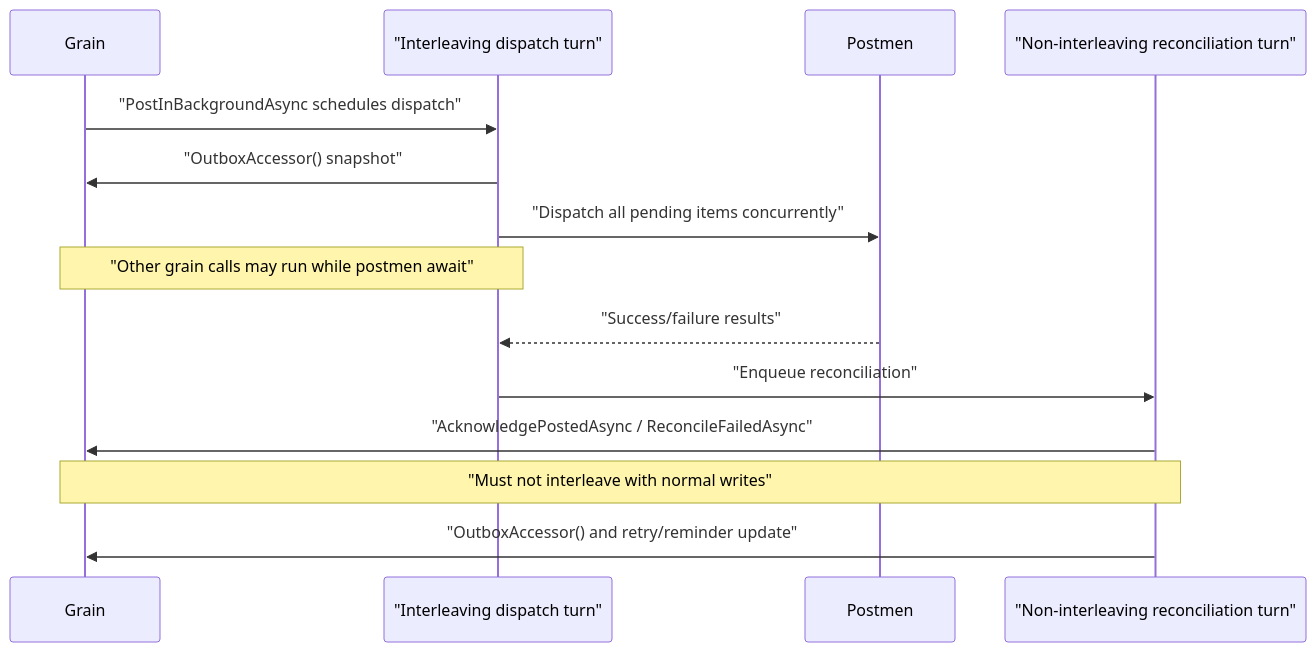
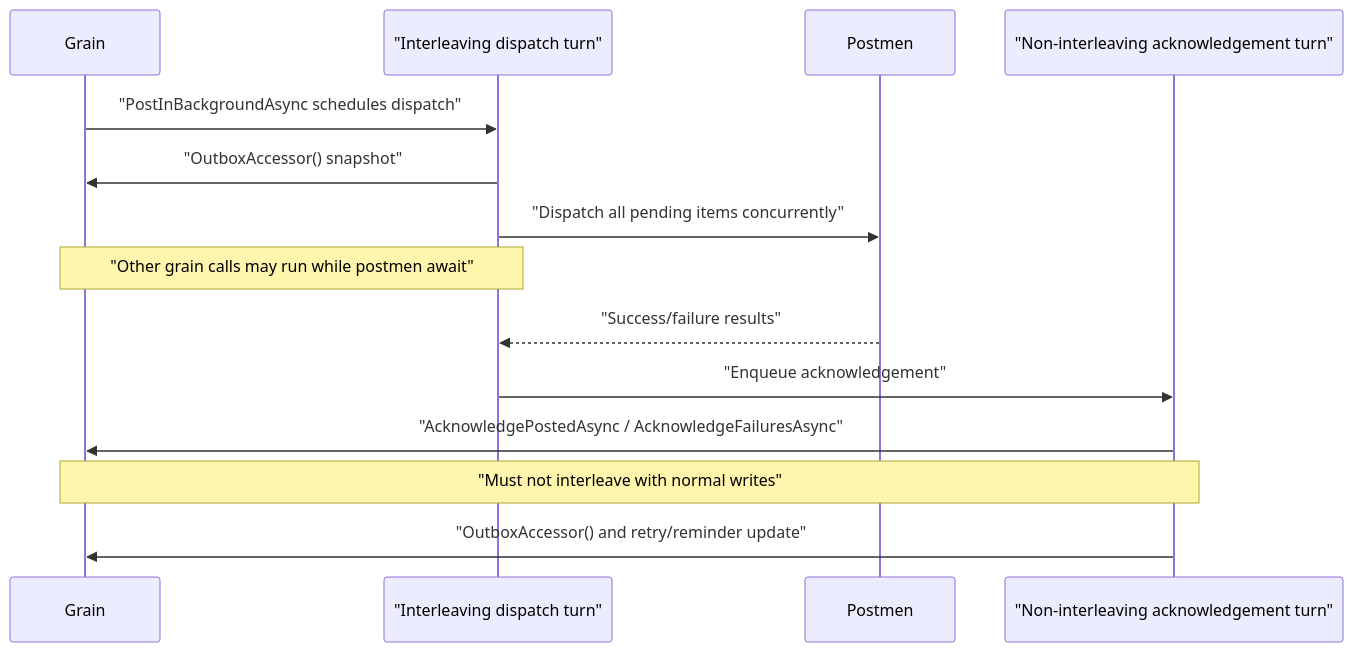
One commit to egil/framework changed the second of 2 diagrams in Egil.Orleans.Messaging/api-design.md. Above: the diagram before and after it, drawn with Mermaid. The commit also changed other lines of this file and 18 other files, not shown here.

````diff
--- a/Egil.Orleans.Messaging/api-design.md
+++ b/Egil.Orleans.Messaging/api-design.md
@@ -1669,17 +1670,17 @@
 ```mermaid
 sequenceDiagram
     participant Grain
     participant Dispatch as "Interleaving dispatch turn"
     participant Postmen
-    participant Reconcile as "Non-interleaving reconciliation turn"
+    participant Ack as "Non-interleaving acknowledgement turn"
 
     Grain->>Dispatch: "PostInBackgroundAsync schedules dispatch"
     Dispatch->>Grain: "OutboxAccessor() snapshot"
     Dispatch->>Postmen: "Dispatch all pending items concurrently"
     Note over Dispatch,Grain: "Other grain calls may run while postmen await"
     Postmen-->>Dispatch: "Success/failure results"
-    Dispatch->>Reconcile: "Enqueue reconciliation"
-    Reconcile->>Grain: "AcknowledgePostedAsync / ReconcileFailedAsync"
-    Note over Reconcile,Grain: "Must not interleave with normal writes"
-    Reconcile->>Grain: "OutboxAccessor() and retry/reminder update"
+    Dispatch->>Ack: "Enqueue acknowledgement"
+    Ack->>Grain: "AcknowledgePostedAsync / AcknowledgeFailuresAsync"
+    Note over Ack,Grain: "Must not interleave with normal writes"
+    Ack->>Grain: "OutboxAccessor() and retry/reminder update"
 ```
````
